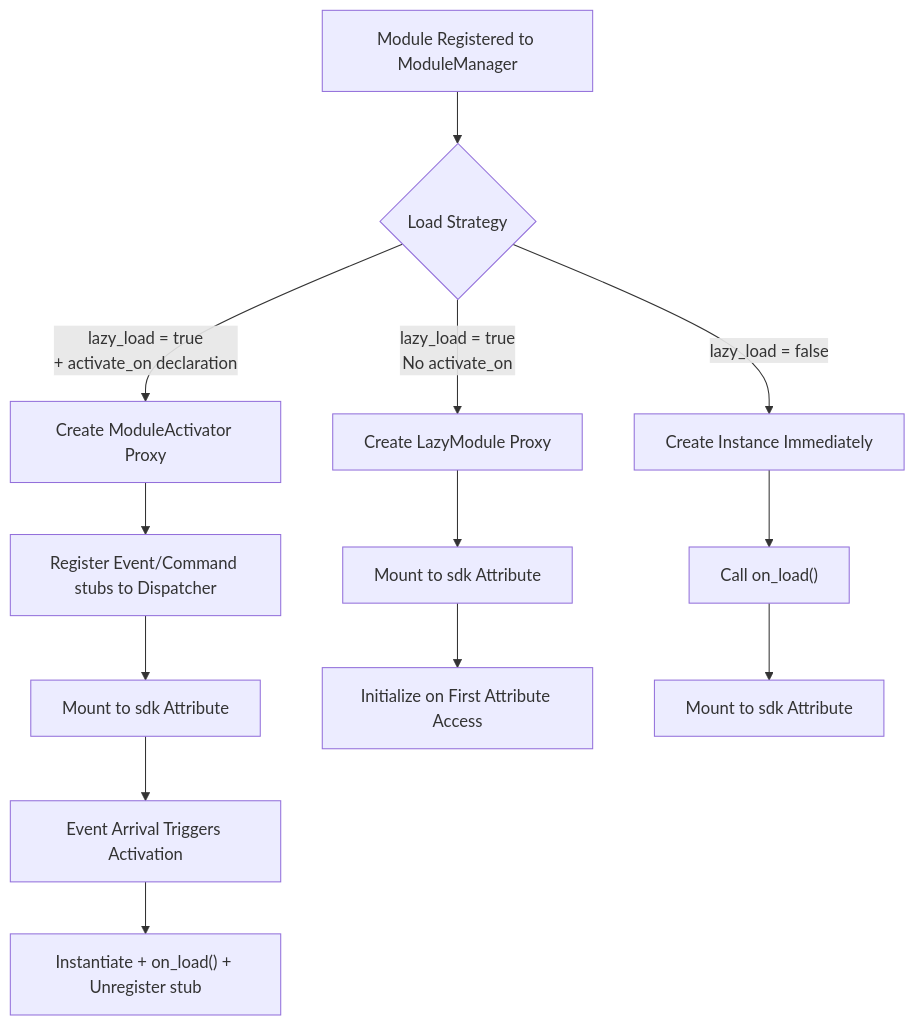
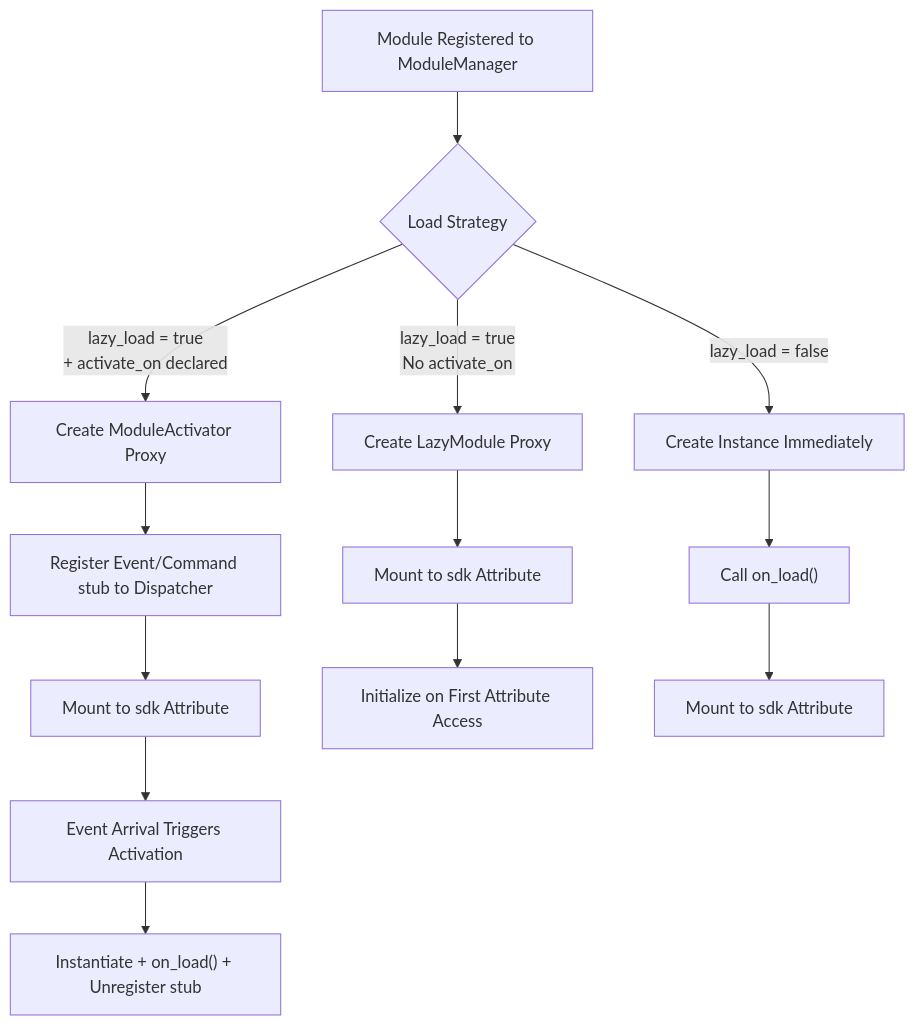
The sixth of 10 diagrams in docs/en/architecture.md (ErisPulse/ErisPulse), drawn with Mermaid before and after one commit. The commit also changed other lines of this file and 83 other files, not shown here.

````diff
--- a/docs/en/architecture.md
+++ b/docs/en/architecture.md
@@ -197,15 +197,15 @@
 ```mermaid
 flowchart TD
     A["Module Registered to ModuleManager"] --> B{"Load Strategy"}
-    B -->|"lazy_load = true<br/>+ activate_on declaration"| C["Create ModuleActivator Proxy"]
+    B -->|"lazy_load = true<br/>+ activate_on declared"| C["Create ModuleActivator Proxy"]
     B -->|"lazy_load = true<br/>No activate_on"| D["Create LazyModule Proxy"]
     B -->|"lazy_load = false"| E["Create Instance Immediately"]
-    C --> F["Register Event/Command stubs to Dispatcher"]
+    C --> F["Register Event/Command stub to Dispatcher"]
     F --> G["Mount to sdk Attribute"]
     G --> H["Event Arrival Triggers Activation"]
     H --> I["Instantiate + on_load() + Unregister stub"]
     D --> J["Mount to sdk Attribute"]
     J --> K["Initialize on First Attribute Access"]
     E --> L["Call on_load()"]
     L --> M["Mount to sdk Attribute"]
 ```
````
